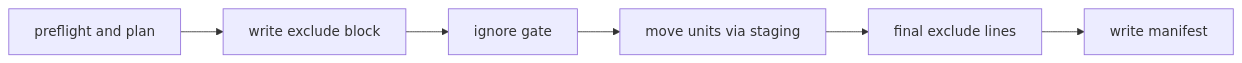
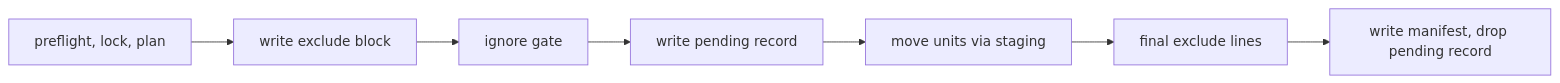
The diagram in openwiki/operations/sidecar-overlay.md (Ghisso/github_copilot_bootstrap), drawn with Mermaid before and after one commit. The commit also changed other lines of this file and 13 other files, not shown here.

````diff
--- a/openwiki/operations/sidecar-overlay.md
+++ b/openwiki/operations/sidecar-overlay.md
@@ -192,8 +202,9 @@
 ```mermaid
 flowchart LR
-    P[preflight and plan] --> E[write exclude block]
+    P[preflight, lock, plan] --> E[write exclude block]
     E --> G[ignore gate]
-    G --> U[move units via staging]
+    G --> N[write pending record]
+    N --> U[move units via staging]
     U --> F[final exclude lines]
-    F --> M[write manifest]
+    F --> M[write manifest, drop pending record]
 ```
````
